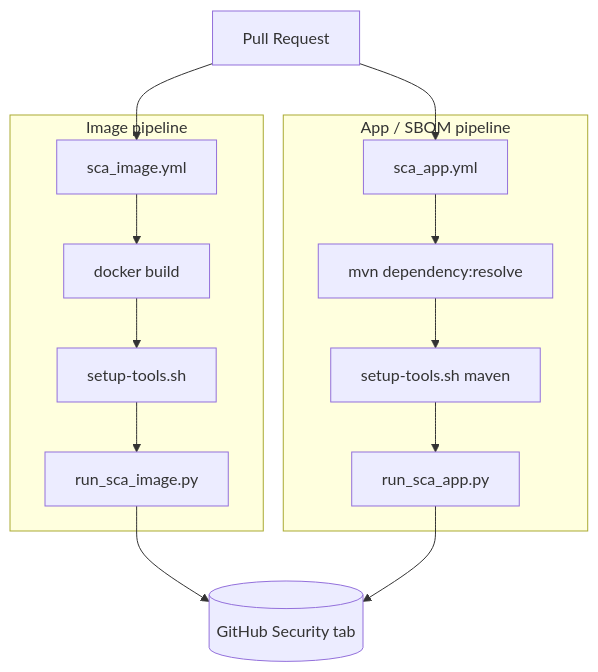
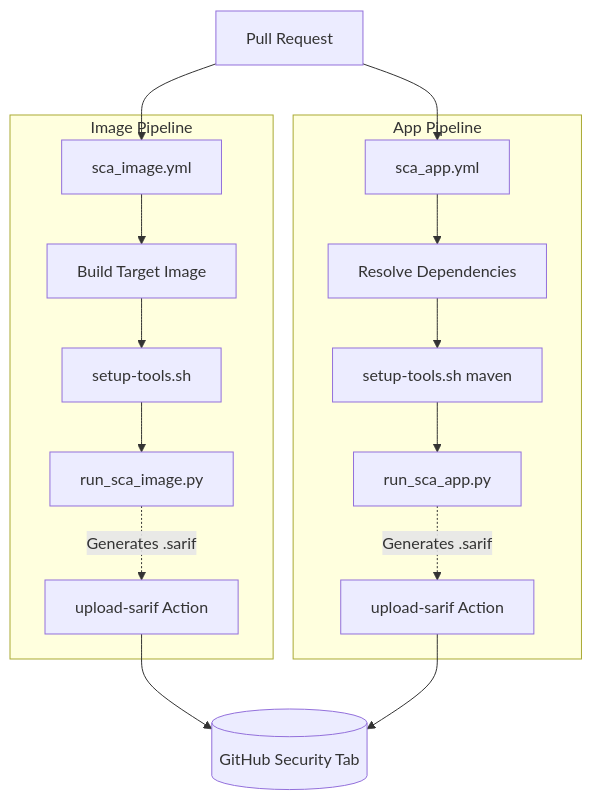
The first of 2 diagrams in .github/scripts/readme.md (moghit-eou/platform-backend), drawn with Mermaid before and after one commit. The commit also changed other lines of this file, not shown here.

````diff
--- a/.github/scripts/readme.md
+++ b/.github/scripts/readme.md
@@ -12,20 +29,22 @@
 ```mermaid
 flowchart TD
     Trig["Pull Request"] --> WF1["sca_image.yml"]
     Trig --> WF2["sca_app.yml"]
 
-    subgraph "Image pipeline"
-        WF1 --> DB["docker build"]
+    subgraph "Image Pipeline"
+        WF1 --> DB["Build Target Image"]
         DB --> ST1["setup-tools.sh"]
         ST1 --> RSI["run_sca_image.py"]
+        RSI -.-> |Generates .sarif| UP1["upload-sarif Action"]
     end
 
-    subgraph "App / SBOM pipeline"
-        WF2 --> MVN["mvn dependency:resolve"]
+    subgraph "App Pipeline"
+        WF2 --> MVN["Resolve Dependencies"]
         MVN --> ST2["setup-tools.sh maven"]
         ST2 --> RSA["run_sca_app.py"]
+        RSA -.-> |Generates .sarif| UP2["upload-sarif Action"]
     end
 
-    RSI --> SEC[("GitHub Security tab")]
-    RSA --> SEC
+    UP1 --> SEC[("GitHub Security Tab")]
+    UP2 --> SEC
 ```
````
